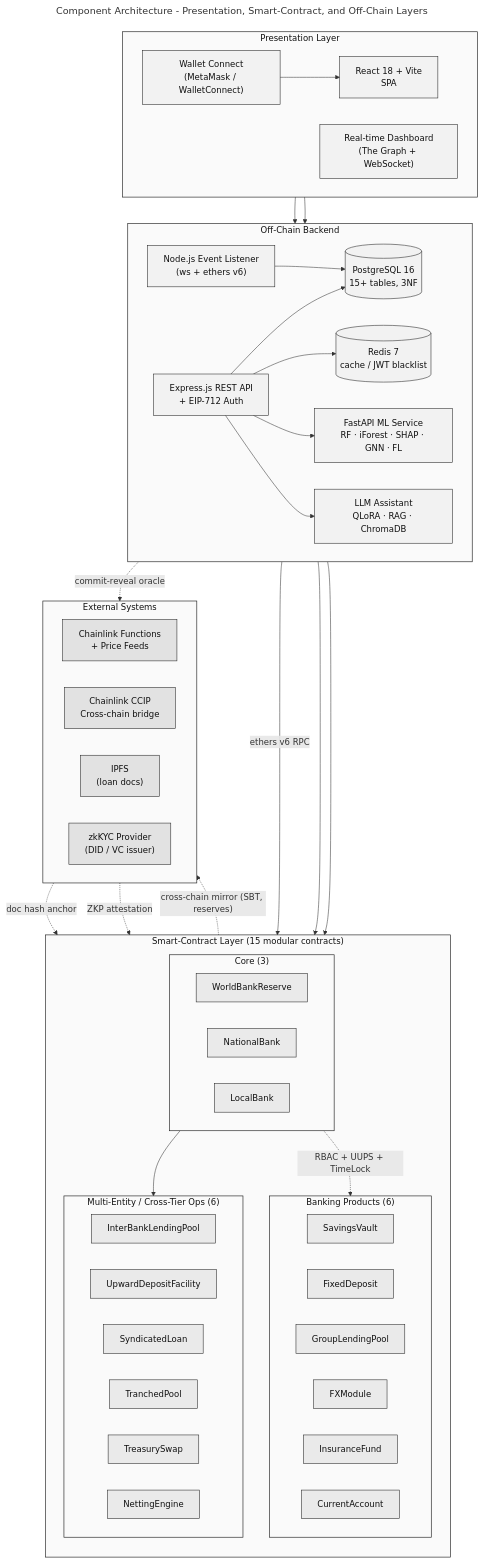
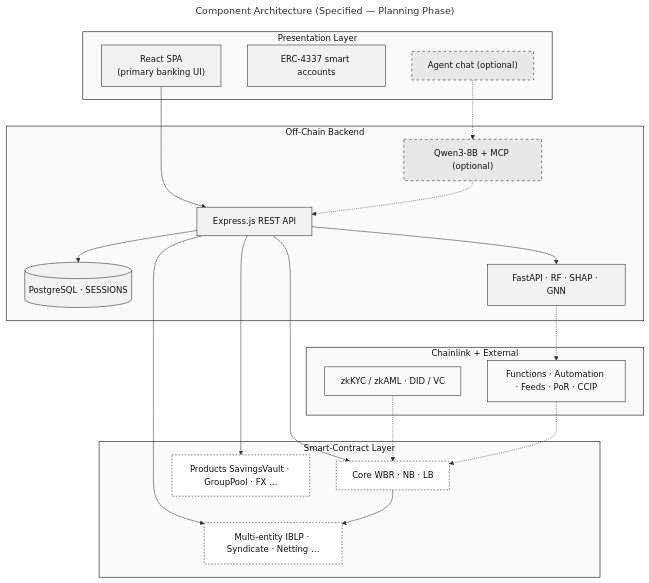
One commit to Yuvraajrahman/Cryto-World-Bank changed the diagram in Documentation/Diagrams/mermaid-src/improved diagrams/fig-component-architecture.mmd. Above: the diagram before and after it, drawn with Mermaid. The commit also changed 272 other files, not shown here.

Commit message:
Diagram Updates

```diff
--- a/Documentation/Diagrams/mermaid-src/improved diagrams/fig-component-architecture.mmd
+++ b/Documentation/Diagrams/mermaid-src/improved diagrams/fig-component-architecture.mmd
@@ -1,82 +1,48 @@
 ---
-title: Component Architecture - Presentation, Smart-Contract, and Off-Chain Layers
+title: Component Architecture (Specified — Planning Phase)
 ---
 flowchart TB
     classDef layer fill:#FAFAFA,stroke:#1F1F1F,stroke-width:1.2px,color:#111111
     classDef node  fill:#F2F2F2,stroke:#1F1F1F,stroke-width:1px,color:#111111
-    classDef ext   fill:#E2E2E2,stroke:#1F1F1F,stroke-width:1px,color:#111111
-    classDef contract fill:#EAEAEA,stroke:#1F1F1F,stroke-width:1px,color:#111111
+    classDef spec fill:#FFFFFF,stroke:#1F1F1F,stroke-width:1px,color:#111111,stroke-dasharray:3 3
+    classDef opt   fill:#E8E8E8,stroke:#1F1F1F,stroke-width:1px,color:#111111,stroke-dasharray:5 5
+    classDef ext   fill:#FAFAFA,stroke:#1F1F1F,stroke-width:1px,color:#111111
 
     subgraph FE[" Presentation Layer "]
-        direction LR
-        UI["React 18 + Vite<br/>SPA"]:::node
-        WC["Wallet Connect<br/>(MetaMask / WalletConnect)"]:::node
-        DASH["Real-time Dashboard<br/>(The Graph + WebSocket)"]:::node
+        UI["React SPA<br/>(primary banking UI)"]:::node
+        AA["ERC-4337 smart accounts"]:::node
+        AGUI["Agent chat (optional)"]:::opt
     end
 
     subgraph BE[" Off-Chain Backend "]
-        direction LR
-        API["Express.js REST API<br/>+ EIP-712 Auth"]:::node
-        WS["Node.js Event Listener<br/>(ws + ethers v6)"]:::node
-        PG[("PostgreSQL 16<br/>15+ tables, 3NF")]:::node
-        RD[("Redis 7<br/>cache / JWT blacklist")]:::node
-        ML["FastAPI ML Service<br/>RF · iForest · SHAP · GNN · FL"]:::node
-        LLM["LLM Assistant<br/>QLoRA · RAG · ChromaDB"]:::node
+        API["Express.js REST API"]:::node
+        PG[("PostgreSQL · SESSIONS")]:::node
+        ML["FastAPI · RF · SHAP · GNN"]:::node
+        AG["Qwen3-8B + MCP (optional)"]:::opt
     end
 
-    subgraph SC[" Smart-Contract Layer (15 modular contracts) "]
-        direction TB
-        subgraph CORE[" Core (3) "]
-            direction LR
-            WBR["WorldBankReserve"]:::contract
-            NBC["NationalBank"]:::contract
-            LBC["LocalBank"]:::contract
-        end
-        subgraph PROD[" Banking Products (6) "]
-            direction LR
-            SV["SavingsVault"]:::contract
-            FD["FixedDeposit"]:::contract
-            GLP["GroupLendingPool"]:::contract
-            FX["FXModule"]:::contract
-            IF["InsuranceFund"]:::contract
-            CA["CurrentAccount"]:::contract
-        end
-        subgraph MEO[" Multi-Entity / Cross-Tier Ops (6) "]
-            direction LR
-            IBLP["InterBankLendingPool"]:::contract
-            UDF["UpwardDepositFacility"]:::contract
-            SYN["SyndicatedLoan"]:::contract
-            TP["TranchedPool"]:::contract
-            TS["TreasurySwap"]:::contract
-            NE["NettingEngine"]:::contract
-        end
+    subgraph SC[" Smart-Contract Layer "]
+        CORE["Core WBR · NB · LB"]:::spec
+        PROD["Products SavingsVault · GroupPool · FX …"]:::spec
+        MEO["Multi-entity IBLP · Syndicate · Netting …"]:::spec
     end
 
-    subgraph EXT[" External Systems "]
-        direction LR
-        ORA["Chainlink Functions<br/>+ Price Feeds"]:::ext
-        BR["Chainlink CCIP<br/>Cross-chain bridge"]:::ext
-        IPFS["IPFS<br/>(loan docs)"]:::ext
-        KYC["zkKYC Provider<br/>(DID / VC issuer)"]:::ext
+    subgraph EXT[" Chainlink + External "]
+        CL["Functions · Automation · Feeds · PoR · CCIP"]:::ext
+        KYC["zkKYC / zkAML · DID / VC"]:::ext
     end
 
     UI --> API
-    WC --> UI
-    DASH --> WS
+    AGUI -.-> AG
+    AG -.-> API
     API --> PG
-    API --> RD
     API --> ML
-    API --> LLM
-    WS  --> PG
-    API -- "ethers v6 RPC" --> CORE
+    API --> CORE
     API --> PROD
     API --> MEO
-    ML  -. "commit-reveal oracle" .-> ORA
-    CORE -. "RBAC + UUPS + TimeLock" .-> PROD
+    ML -.-> CL
     CORE --> MEO
-    MEO  -. "cross-chain mirror (SBT, reserves)" .-> BR
-    KYC  -. "ZKP attestation" .-> CORE
-    IPFS -. "doc hash anchor" .-> SYN
+    KYC -.-> CORE
+    CL -.-> CORE
 
     class FE,BE,SC,EXT layer
-    class CORE,PROD,MEO layer
```
